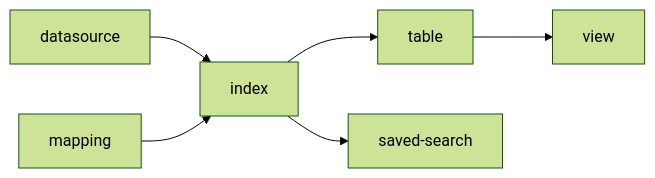
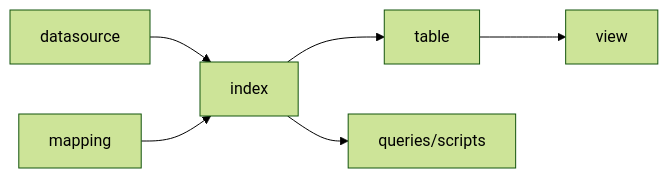
The second of 3 diagrams in integrations/README.md (opensearch-project/observability), drawn with Mermaid (forest theme) before and after one commit. The commit also changed other lines of this file and 3 other files, not shown here.

````diff
--- a/integrations/README.md
+++ b/integrations/README.md
@@ -164,10 +165,10 @@
 ```mermaid
   graph LR;
       datasource-->index;
       mapping-->index;
       
       index-->table;
       table-->view;
-      index-->saved-search
+      index-->queries/scripts
 
 ```
````
